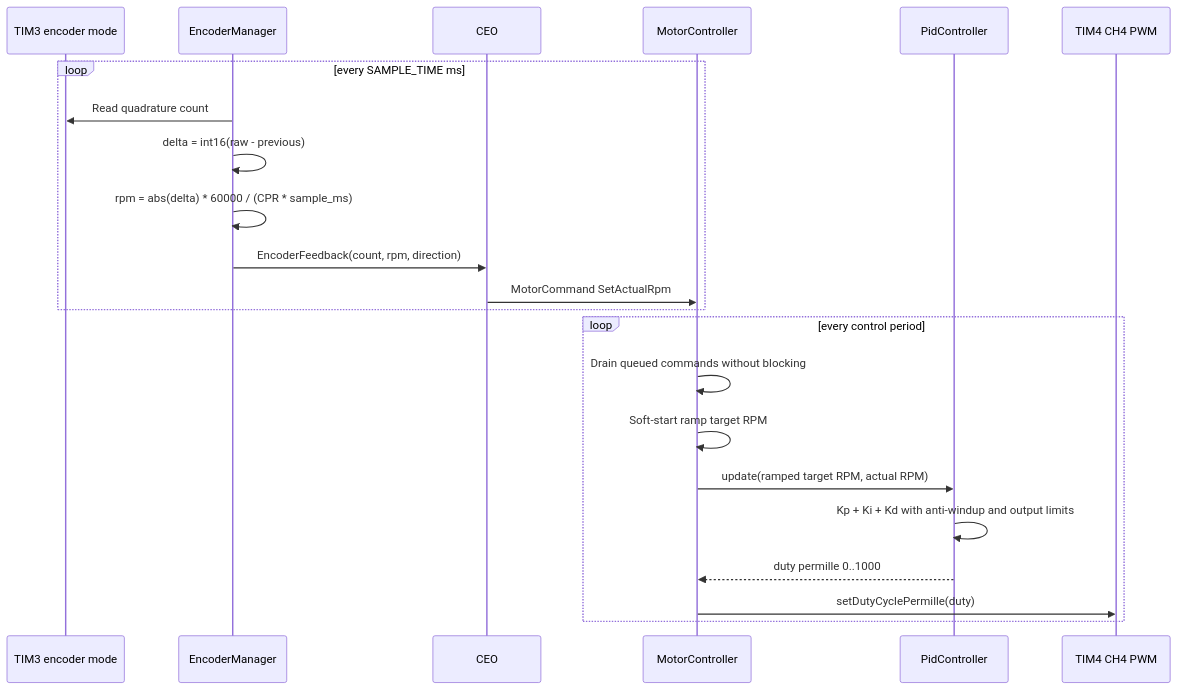
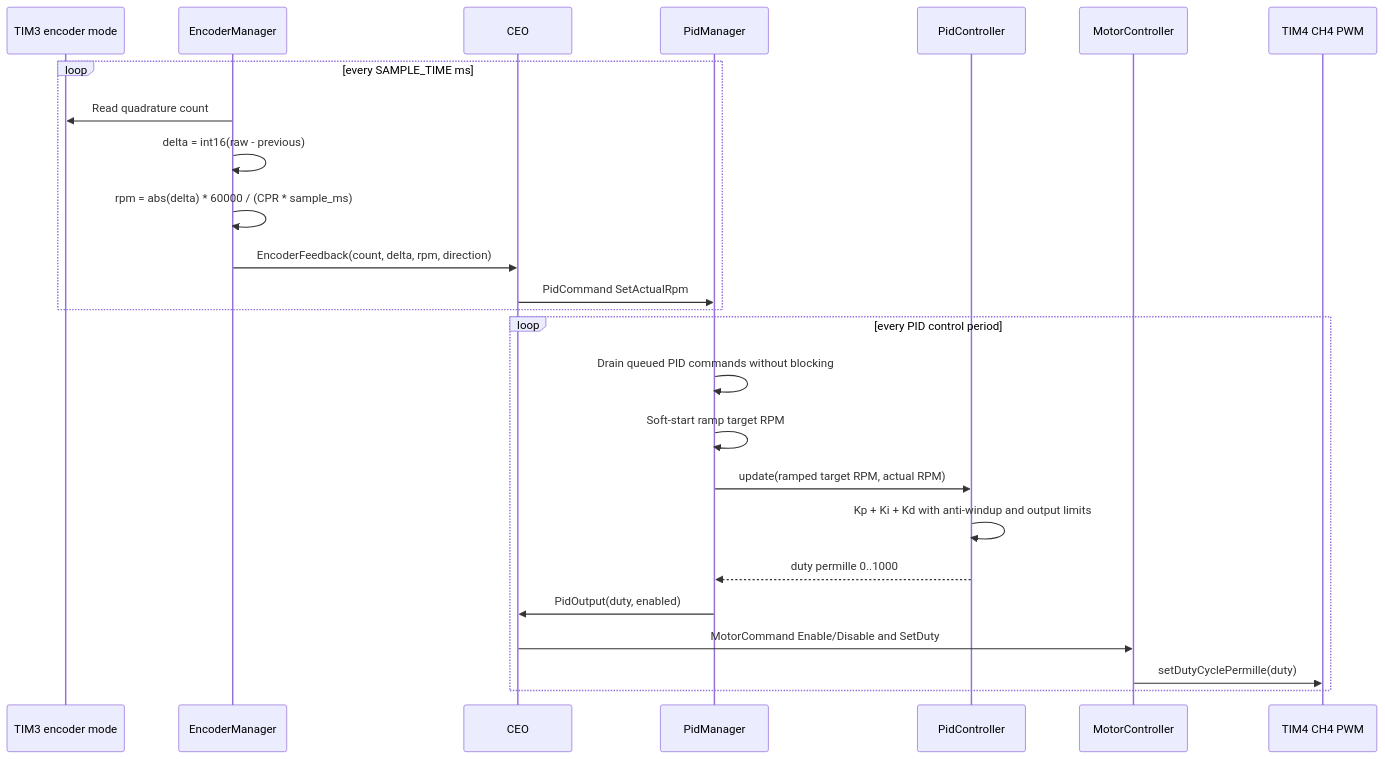
Before and after one commit to thanhduong8457/stm32f4: the third of 6 diagrams in docs_architecture.md, drawn with Mermaid. The commit also changed other lines of this file and 16 other files, not shown here.

````diff
--- a/docs_architecture.md
+++ b/docs_architecture.md
@@ -152,26 +161,29 @@
 ```mermaid
 sequenceDiagram
     participant EncoderHw as TIM3 encoder mode
     participant Encoder as EncoderManager
     participant Director as CEO
+    participant PIDMgr as PidManager
+    participant PID as PidController
     participant Motor as MotorController
-    participant PID as PidController
     participant PWM as TIM4 CH4 PWM
 
     loop every SAMPLE_TIME ms
         Encoder->>EncoderHw: Read quadrature count
         Encoder->>Encoder: delta = int16(raw - previous)
         Encoder->>Encoder: rpm = abs(delta) * 60000 / (CPR * sample_ms)
-        Encoder->>Director: EncoderFeedback(count, rpm, direction)
-        Director->>Motor: MotorCommand SetActualRpm
+        Encoder->>Director: EncoderFeedback(count, delta, rpm, direction)
+        Director->>PIDMgr: PidCommand SetActualRpm
     end
 
-    loop every control period
-        Motor->>Motor: Drain queued commands without blocking
-        Motor->>Motor: Soft-start ramp target RPM
-        Motor->>PID: update(ramped target RPM, actual RPM)
+    loop every PID control period
+        PIDMgr->>PIDMgr: Drain queued PID commands without blocking
+        PIDMgr->>PIDMgr: Soft-start ramp target RPM
+        PIDMgr->>PID: update(ramped target RPM, actual RPM)
         PID->>PID: Kp + Ki + Kd with anti-windup and output limits
-        PID-->>Motor: duty permille 0..1000
+        PID-->>PIDMgr: duty permille 0..1000
+        PIDMgr->>Director: PidOutput(duty, enabled)
+        Director->>Motor: MotorCommand Enable/Disable and SetDuty
         Motor->>PWM: setDutyCyclePermille(duty)
     end
 ```
````
